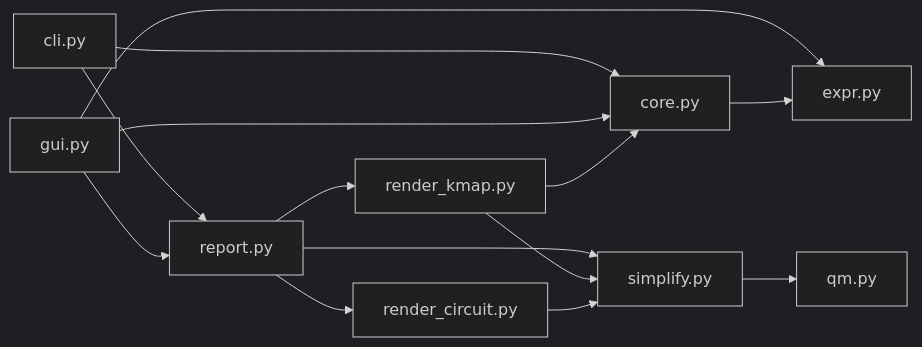
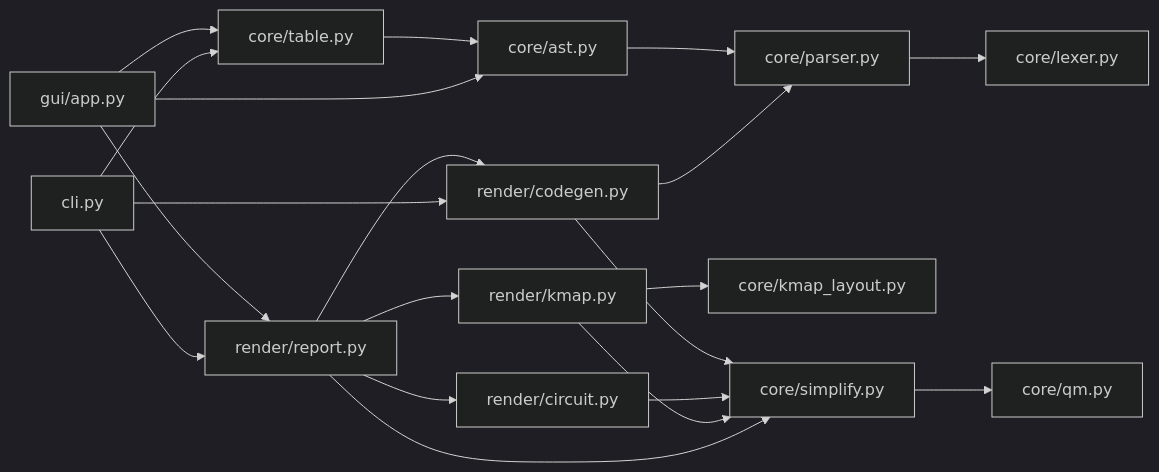
Before and after one commit to leostriker111/ktool: the second of 6 diagrams in docs/DESIGN.md, drawn with Mermaid (dark theme). The commit also changed other lines of this file and 4 other files, not shown here.

First line of the commit message:
traductor AST (reemplaza SPECS): lexer->parser->ast->emit por precedencia

````diff
--- a/docs/DESIGN.md
+++ b/docs/DESIGN.md
@@ -59,18 +62,24 @@
 ```mermaid
 flowchart LR
-    cli["cli.py"] --> core["core.py"]
-    cli --> report["report.py"]
-    gui["gui.py"] --> core
+    cli["cli.py"] --> table["core/table.py"]
+    cli --> report["render/report.py"]
+    cli --> codegen["render/codegen.py"]
+    gui["gui/app.py"] --> table
     gui --> report
-    gui --> expr["expr.py"]
+    gui --> astm["core/ast.py"]
 
-    report --> simplify["simplify.py"]
-    report --> render_kmap["render_kmap.py"]
-    report --> render_circuit["render_circuit.py"]
+    report --> simplify["core/simplify.py"]
+    report --> kmap["render/kmap.py"]
+    report --> circuit["render/circuit.py"]
+    report --> codegen
 
-    simplify --> qm["qm.py"]
-    render_kmap --> core
-    render_kmap --> simplify
-    render_circuit --> simplify
-    core --> expr
+    simplify --> qm["core/qm.py"]
+    kmap --> layout["core/kmap_layout.py"]
+    kmap --> simplify
+    circuit --> simplify
+    codegen --> astp["core/parser.py"]
+    codegen --> simplify
+    table --> astm
+    astm --> astp
+    astp --> lexer["core/lexer.py"]
 ```
````
